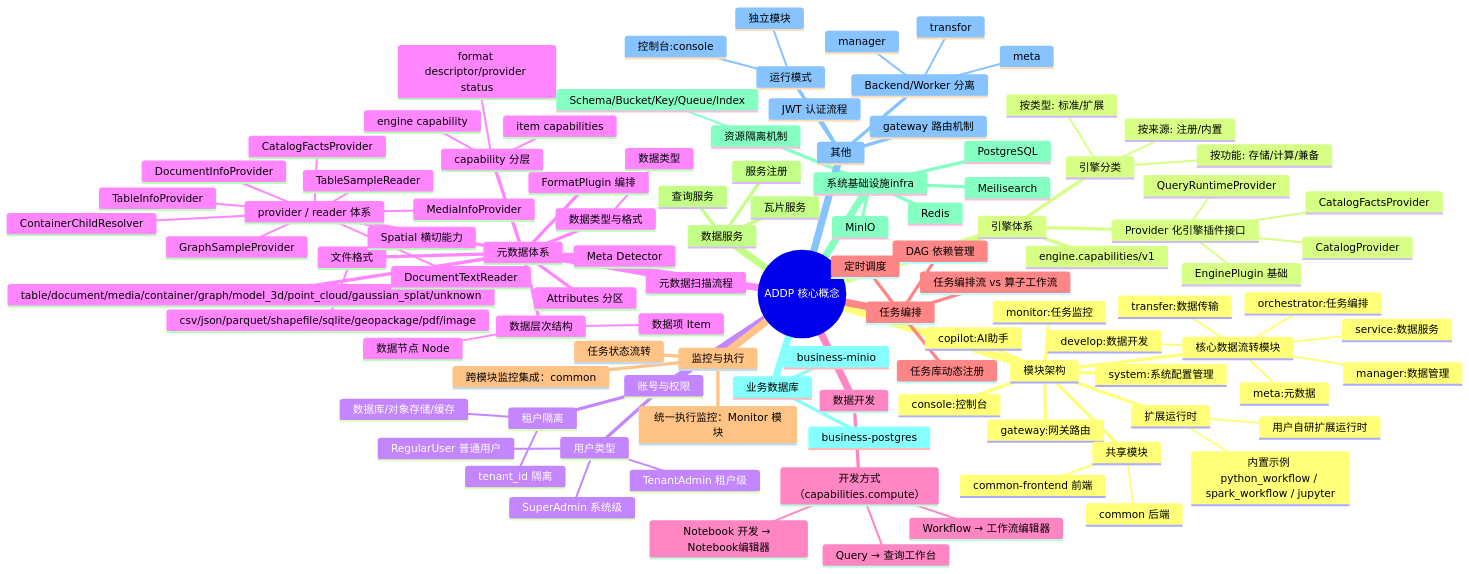
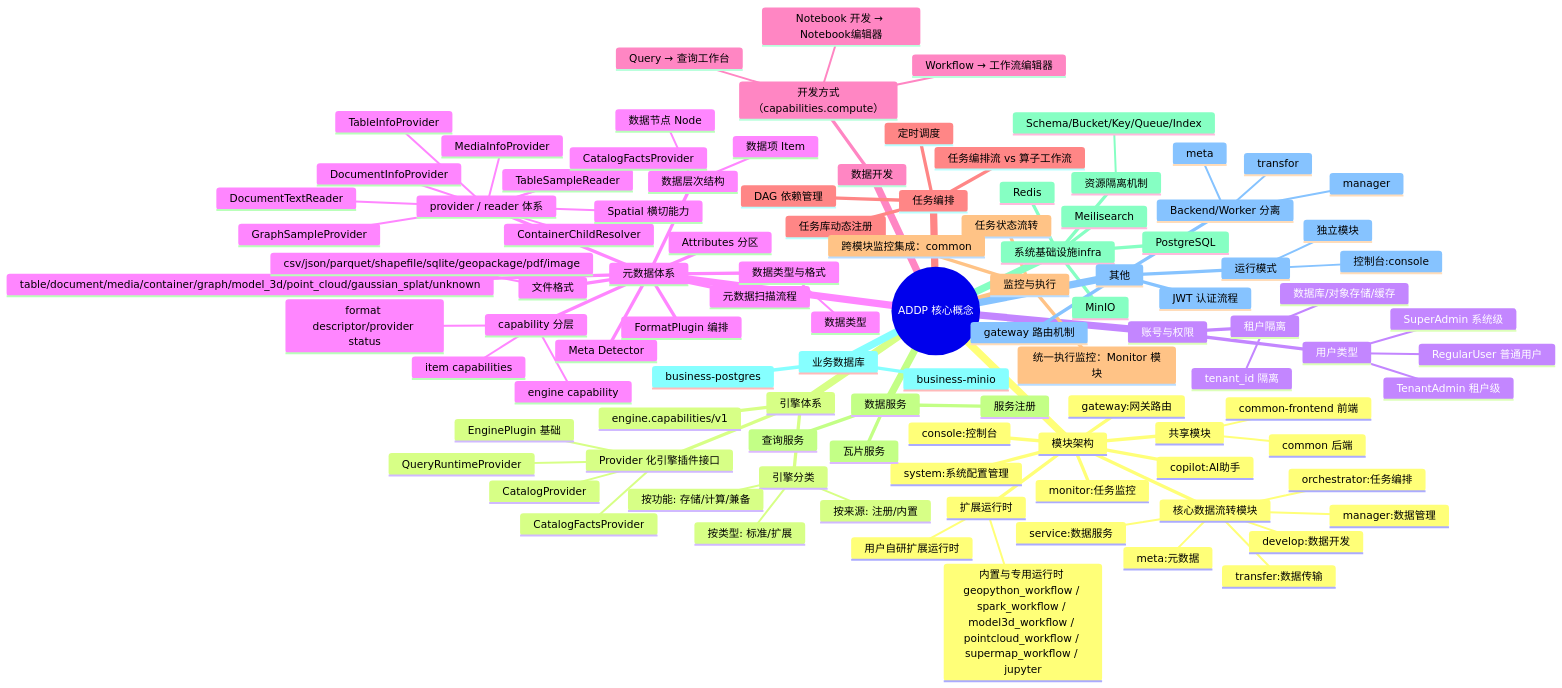
The first of 2 diagrams in docs/concepts/addp核心概念关系图.md (pampa0629/addp), drawn with Mermaid before and after one commit. The commit also changed other lines of this file and 175 other files, not shown here.

```diff
--- a/docs/concepts/addp核心概念关系图.md
+++ b/docs/concepts/addp核心概念关系图.md
@@ -36,7 +36,7 @@
         common 后端
         common-frontend 前端
       扩展运行时
-        内置示例 python_workflow / spark_workflow / jupyter
+        内置与专用运行时 geopython_workflow / spark_workflow / model3d_workflow / pointcloud_workflow / supermap_workflow / jupyter
         用户自研扩展运行时
     引擎体系
       Provider 化引擎插件接口
```
